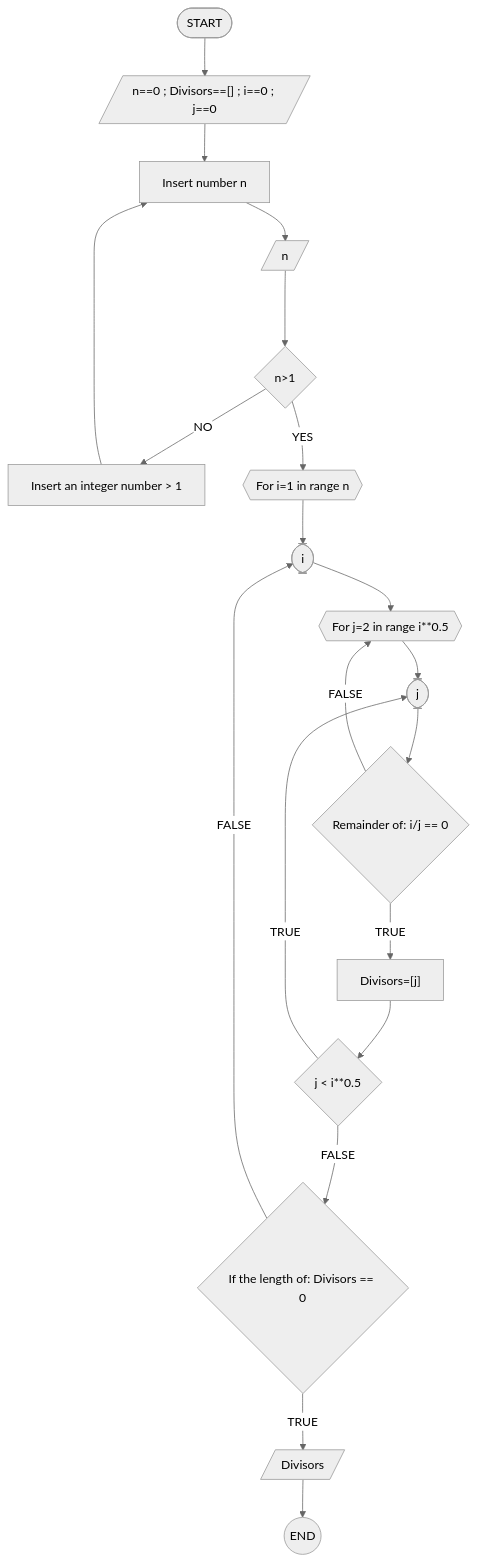
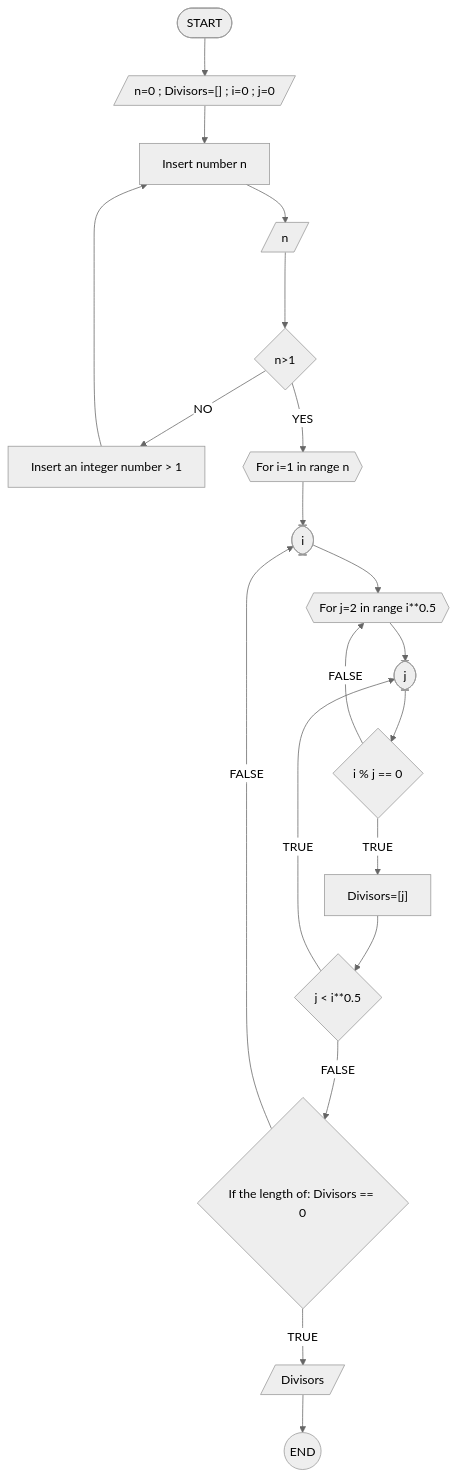
Before and after one commit to MariaAleja05/Reto3_AlgoritmosEternos: the first of 2 diagrams in README.md, drawn with Mermaid (neutral theme). The commit also changed other lines of this file, not shown here.

````diff
--- a/README.md
+++ b/README.md
@@ -5,22 +5,22 @@
 ```mermaid
 flowchart TB;
-    A([START])--> B[/"n==0 ; Divisors==[] ; i==0 ; j==0"/]
+    A([START])--> B[/"n=0 ; Divisors=[] ; i=0 ; j=0"/]
     B --> C[Insert number n]
     C --> W[/n/]
     W ---> D{n>1}
     D -- NO --> E[Insert an integer number > 1]
     E --> C
     D -- YES --> F{{For i=1 in range n}}
     F --> J([i])
     J --> G{{For j=2 in range i**0.5}}
     G --> K([j])
-    K --> H{Remainder of: i/j == 0}
+    K --> H{i % j == 0}
     H -- TRUE --> I["Divisors=[j]"]
     H -- FALSE --> G
     I --> L{j < i**0.5}
     L -- TRUE --> K
     L -- FALSE --> M{If the length of: Divisors == 0}
     M -- FALSE --> J
     M -- TRUE --> N[/Divisors/]
     N --> O((END))
 ```
````
